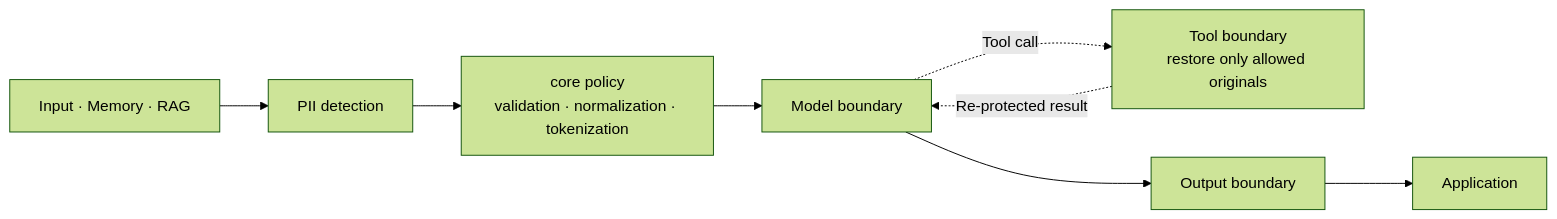
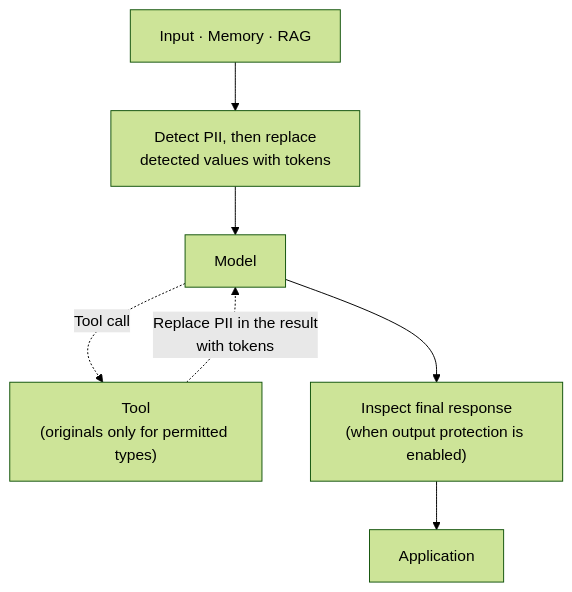
The diagram in README.md (ultramancode/spring-ai-privacy-guardrails), drawn with Mermaid (forest theme) before and after one commit. The commit also changed other lines of this file and 3 other files, not shown here.

Commit message:
docs: clarify privacy and tool authorization diagrams

````diff
--- a/README.md
+++ b/README.md
@@ -47,10 +47,9 @@
 ```mermaid
-flowchart LR
-    A["Input · Memory · RAG"] --> B["PII detection"]
-    B --> C["core policy<br/>validation · normalization · tokenization"]
-    C --> D["Model boundary"]
-    D -. "Tool call" .-> E["Tool boundary<br/>restore only allowed originals"]
-    E -. "Re-protected result" .-> D
-    D --> F["Output boundary"]
-    F --> G["Application"]
+flowchart TD
+    A["Input · Memory · RAG"] --> B["Detect PII, then replace<br/>detected values with tokens"]
+    B --> C["Model"]
+    C -. "Tool call" .-> D["Tool<br/>(originals only for permitted types)"]
+    D -. "Replace PII in the result<br/>with tokens" .-> C
+    C --> E["Inspect final response<br/>(when output protection is enabled)"]
+    E --> F["Application"]
 ```
````
